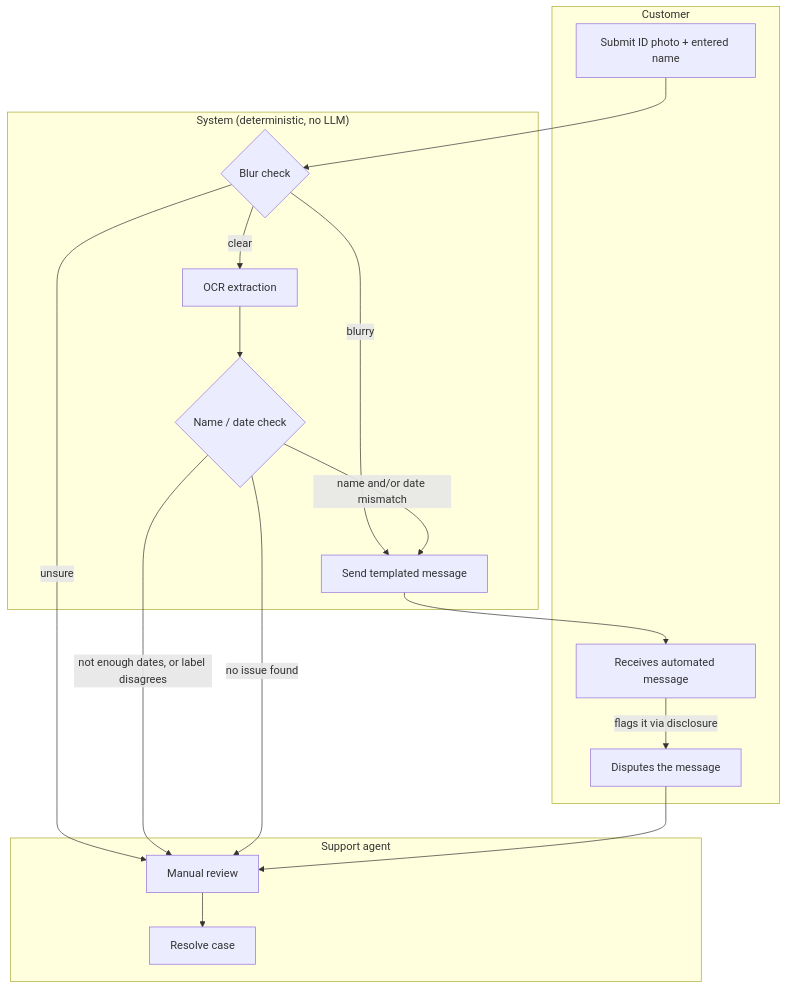
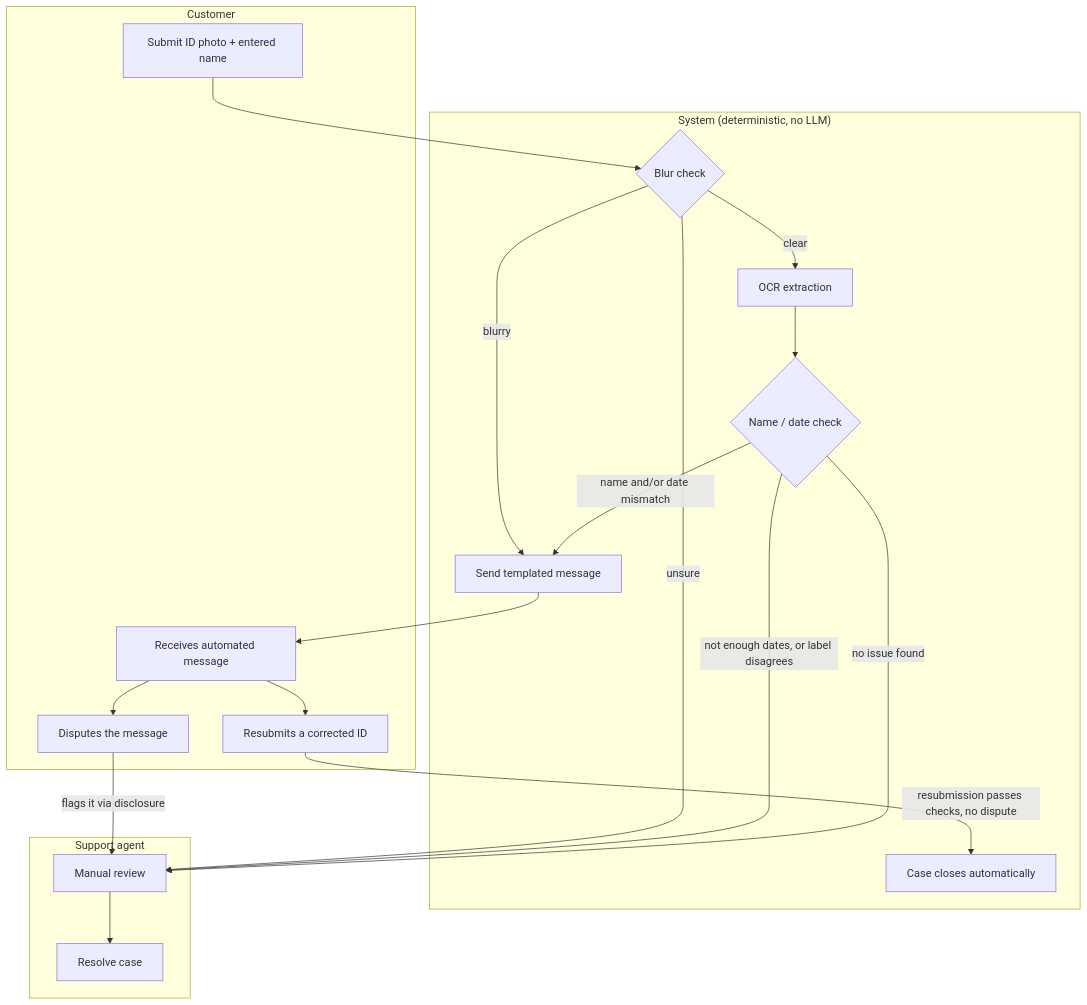
The diagram in README.md (SalsabeelNasr/voltify), drawn with Mermaid before and after one commit. The commit also changed other lines of this file, not shown here.

First line of the commit message:
Document auto-close path for successful resubmission

````diff
--- a/README.md
+++ b/README.md
@@ -12,33 +12,37 @@
 ```mermaid
 flowchart TD
     subgraph Customer
         A[Submit ID photo + entered name]
         H[Receives automated message]
         I[Disputes the message]
+        K[Resubmits a corrected ID]
     end
 
     subgraph System["System (deterministic, no LLM)"]
         B{Blur check}
         C[OCR extraction]
         D{Name / date check}
         E[Send templated message]
+        L[Case closes automatically]
     end
 
     subgraph Support["Support agent"]
         F[Manual review]
         G[Resolve case]
     end
 
     A --> B
     B -->|blurry| E
     B -->|unsure| F
     B -->|clear| C
     C --> D
     D -->|not enough dates, or label disagrees| F
     D -->|name and/or date mismatch| E
     D -->|no issue found| F
     E --> H
-    H -->|flags it via disclosure| I
-    I --> F
+    H --> I
+    H --> K
+    I -->|flags it via disclosure| F
+    K -->|resubmission passes checks, no dispute| L
     F --> G
 ```
````
